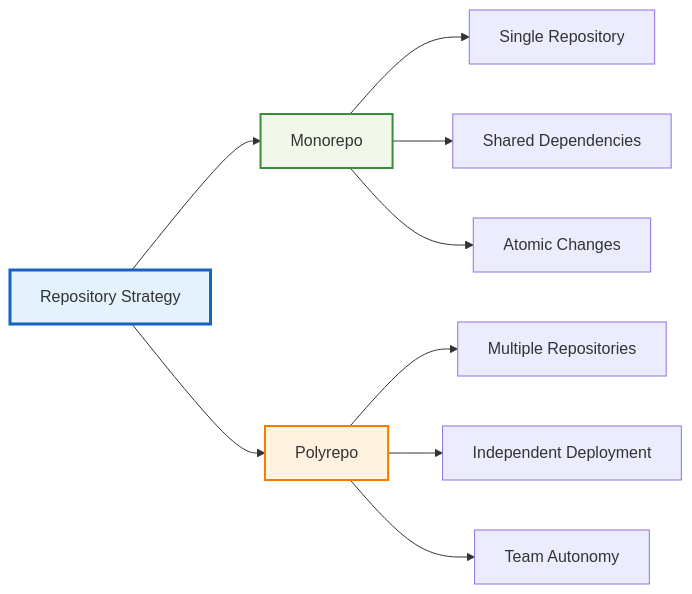
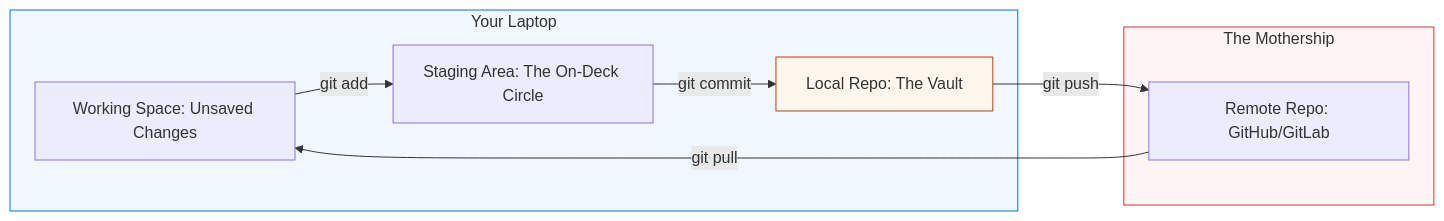
One commit to Ganil151/Devops changed the diagram in 1-Beginner/01-Phase-1/08-Repository-Management/README.md. Above: the diagram before and after it, drawn with Mermaid. The commit also changed other lines of this file and 230 other files, not shown here.

````diff
--- a/1-Beginner/01-Phase-1/08-Repository-Management/README.md
+++ b/1-Beginner/01-Phase-1/08-Repository-Management/README.md
@@ -125,17 +61,18 @@
 ```mermaid
-graph LR
-    A[Repository Strategy] --> B[Monorepo]
-    A --> C[Polyrepo]
+flowchart LR
+    subgraph Local[Your Laptop]
+        WS[Working Space: Unsaved Changes] -->|git add| SA[Staging Area: The On-Deck Circle]
+        SA -->|git commit| LR[Local Repo: The Vault]
+    end
     
-    B --> D[Single Repository]
-    B --> E[Shared Dependencies]
-    B --> F[Atomic Changes]
+    subgraph Remote[The Mothership]
+        RR[Remote Repo: GitHub/GitLab]
+    end
     
-    C --> G[Multiple Repositories]
-    C --> H[Independent Deployment]
-    C --> I[Team Autonomy]
+    LR -->|git push| RR
+    RR -->|git pull| WS
     
-    style A fill:#e3f2fd,stroke:#1565c0,stroke-width:3px
-    style B fill:#f1f8e9,stroke:#388e3c,stroke-width:2px
-    style C fill:#fff3e0,stroke:#f57c00,stroke-width:2px
+    style Local fill:#f0f7ff,stroke:#0078d4
+    style Remote fill:#fdf4f4,stroke:#d13438
+    style LR fill:#fff7ed,stroke:#c2410c
 ```
````
